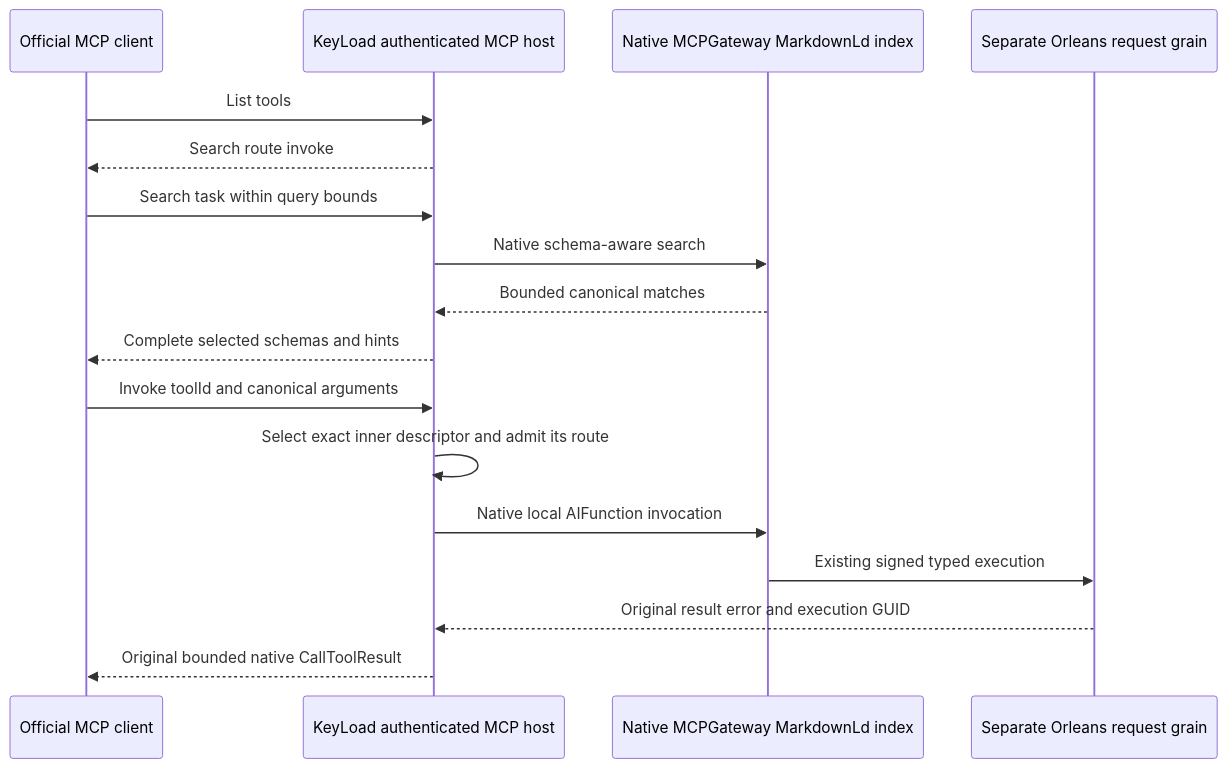
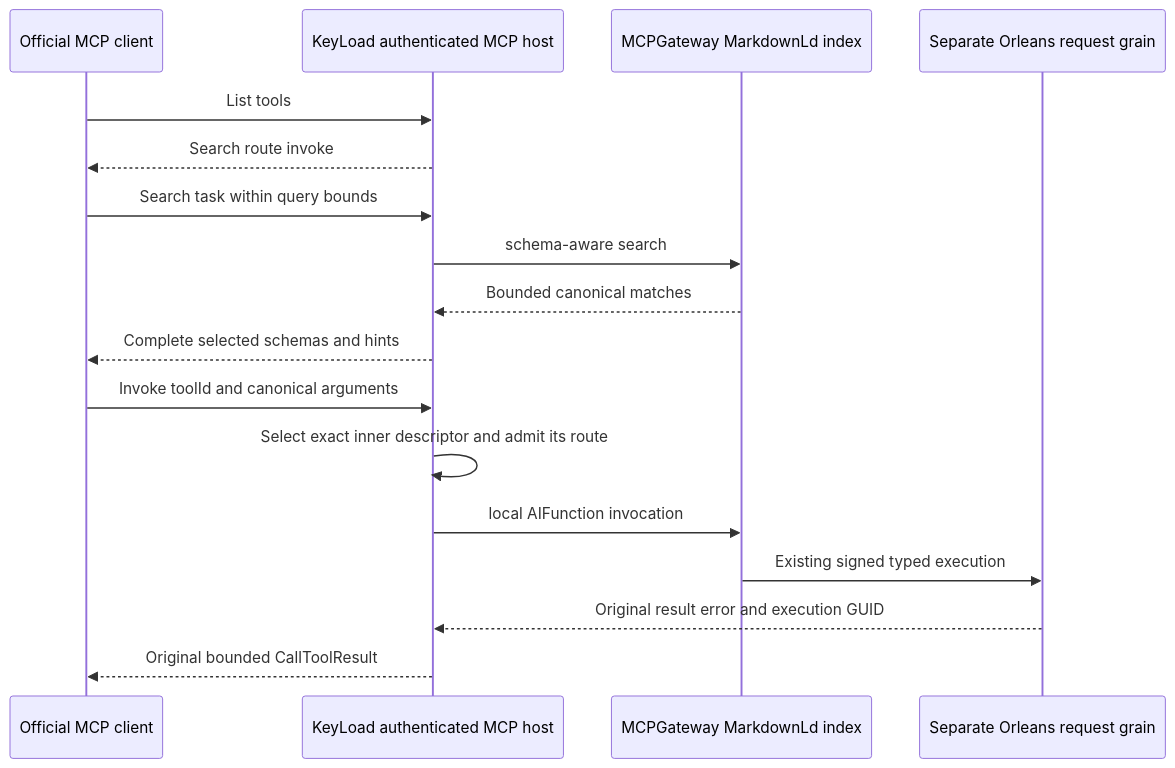
One commit to managedcode/KeyLoad changed the diagram in docs/ADR/ADR-104-mcp-gateway-tool-discovery.md. Above: the diagram before and after it, drawn with Mermaid. The commit also changed other lines of this file and 9016 other files, not shown here.

````diff
--- a/docs/ADR/ADR-104-mcp-gateway-tool-discovery.md
+++ b/docs/ADR/ADR-104-mcp-gateway-tool-discovery.md
@@ -24,19 +24,19 @@
 ```mermaid
 sequenceDiagram
     participant Client as Official MCP client
     participant Host as KeyLoad authenticated MCP host
-    participant Graph as Native MCPGateway MarkdownLd index
+    participant Graph as MCPGateway MarkdownLd index
     participant Request as Separate Orleans request grain
     Client->>Host: List tools
     Host-->>Client: Search route invoke
     Client->>Host: Search task within query bounds
-    Host->>Graph: Native schema-aware search
+    Host->>Graph: schema-aware search
     Graph-->>Host: Bounded canonical matches
     Host-->>Client: Complete selected schemas and hints
     Client->>Host: Invoke toolId and canonical arguments
     Host->>Host: Select exact inner descriptor and admit its route
-    Host->>Graph: Native local AIFunction invocation
+    Host->>Graph: local AIFunction invocation
     Graph->>Request: Existing signed typed execution
     Request-->>Host: Original result error and execution GUID
-    Host-->>Client: Original bounded native CallToolResult
+    Host-->>Client: Original bounded CallToolResult
 ```
````
